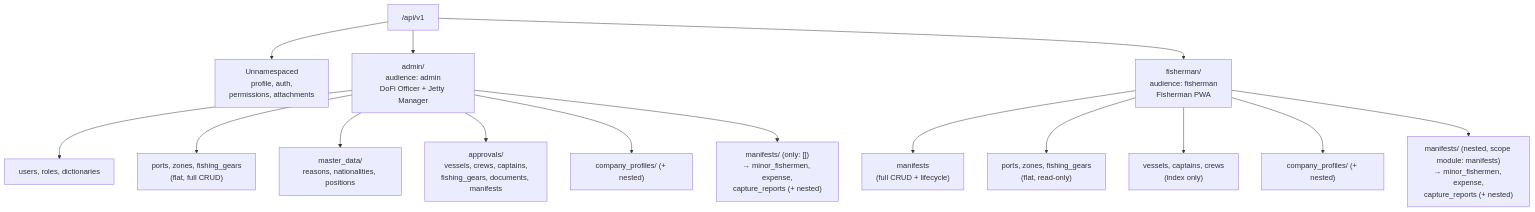
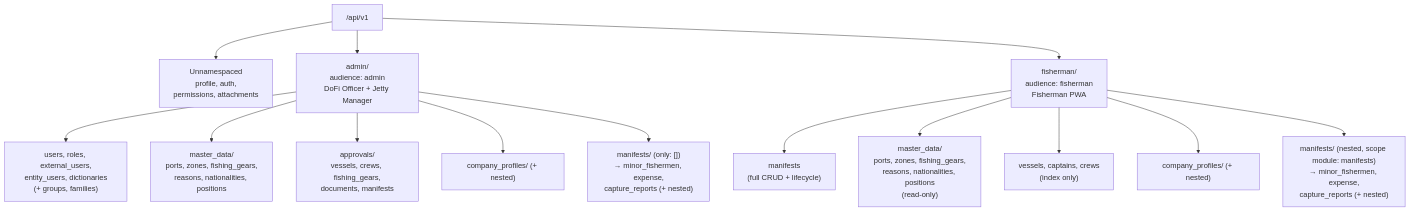
The diagram in docs/api/endpoint-structure.md (arya020595/st_dofi_backend), drawn with Mermaid before and after one commit. The commit also changed other lines of this file and 1 other file, not shown here.

````diff
--- a/docs/api/endpoint-structure.md
+++ b/docs/api/endpoint-structure.md
@@ -18,20 +18,19 @@
 ```mermaid
 graph TB
     ROOT["/api/v1"]
     ROOT --> FLAT["Unnamespaced<br/>profile, auth,<br/>permissions, attachments"]
     ROOT --> ADMIN["admin/<br/>audience: admin<br/>DoFi Officer + Jetty Manager"]
     ROOT --> FISH["fisherman/<br/>audience: fisherman<br/>Fisherman PWA"]
 
-    ADMIN --> A1["users, roles, dictionaries"]
-    ADMIN --> A2["ports, zones, fishing_gears<br/>(flat, full CRUD)"]
-    ADMIN --> A3["master_data/<br/>reasons, nationalities, positions"]
-    ADMIN --> A4["approvals/<br/>vessels, crews, captains,<br/>fishing_gears, documents, manifests"]
+    ADMIN --> A1["users, roles, external_users,<br/>entity_users, dictionaries<br/>(+ groups, families)"]
+    ADMIN --> A3["master_data/<br/>ports, zones, fishing_gears,<br/>reasons, nationalities, positions"]
+    ADMIN --> A4["approvals/<br/>vessels, crews, fishing_gears,<br/>documents, manifests"]
     ADMIN --> A5["company_profiles/ (+ nested)"]
     ADMIN --> A6["manifests/ (only: [])<br/>→ minor_fishermen, expense,<br/>capture_reports (+ nested)"]
 
     FISH --> F1["manifests<br/>(full CRUD + lifecycle)"]
-    FISH --> F2["ports, zones, fishing_gears<br/>(flat, read-only)"]
+    FISH --> F2["master_data/<br/>ports, zones, fishing_gears,<br/>reasons, nationalities, positions<br/>(read-only)"]
     FISH --> F3["vessels, captains, crews<br/>(index only)"]
     FISH --> F4["company_profiles/ (+ nested)"]
     FISH --> F5["manifests/ (nested, scope module: manifests)<br/>→ minor_fishermen, expense,<br/>capture_reports (+ nested)"]
 ```
````
